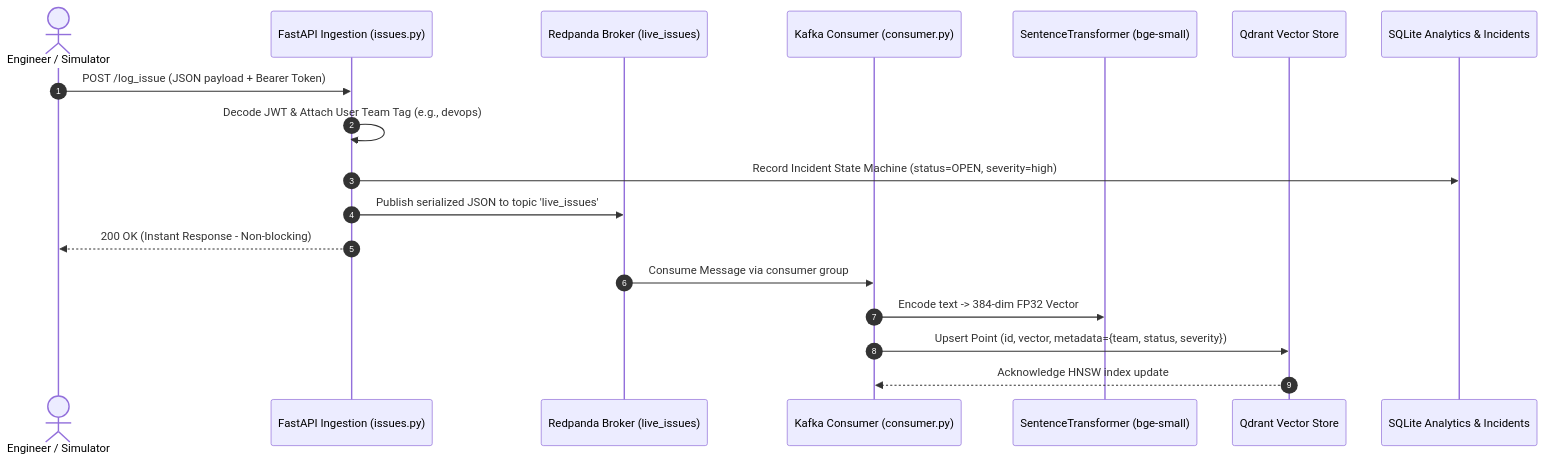
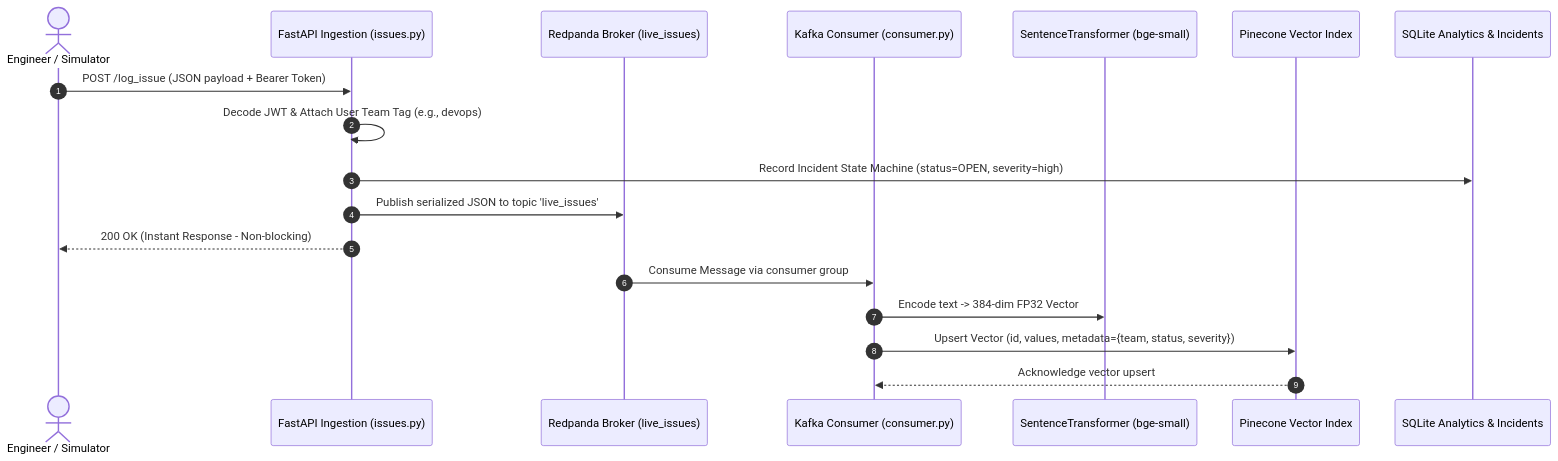
The second of 4 diagrams in docs/01_SYSTEM_ARCHITECTURE_AND_FLOWS.md (krishshah122/RealTimerag), drawn with Mermaid before and after one commit. The commit also changed other lines of this file and 32 other files, not shown here.

````diff
--- a/docs/01_SYSTEM_ARCHITECTURE_AND_FLOWS.md
+++ b/docs/01_SYSTEM_ARCHITECTURE_AND_FLOWS.md
@@ -90,22 +91,22 @@
 ```mermaid
 sequenceDiagram
     autonumber
     actor User as Engineer / Simulator
     participant API as FastAPI Ingestion (issues.py)
     participant Kafka as Redpanda Broker (live_issues)
     participant Worker as Kafka Consumer (consumer.py)
     participant Embed as SentenceTransformer (bge-small)
-    participant Qdrant as Qdrant Vector Store
+    participant Pinecone as Pinecone Vector Index
     participant SQL as SQLite Analytics & Incidents
 
     User->>API: POST /log_issue (JSON payload + Bearer Token)
     API->>API: Decode JWT & Attach User Team Tag (e.g., devops)
     API->>SQL: Record Incident State Machine (status=OPEN, severity=high)
     API->>Kafka: Publish serialized JSON to topic 'live_issues'
     API-->>User: 200 OK (Instant Response - Non-blocking)
     
     Kafka->>Worker: Consume Message via consumer group
     Worker->>Embed: Encode text -> 384-dim FP32 Vector
-    Worker->>Qdrant: Upsert Point (id, vector, metadata={team, status, severity})
-    Qdrant-->>Worker: Acknowledge HNSW index update
+    Worker->>Pinecone: Upsert Vector (id, values, metadata={team, status, severity})
+    Pinecone-->>Worker: Acknowledge vector upsert
 ```
````
